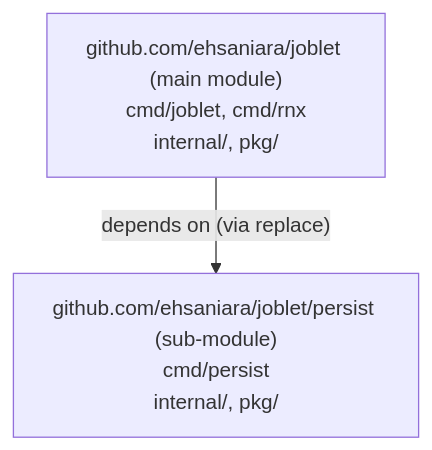
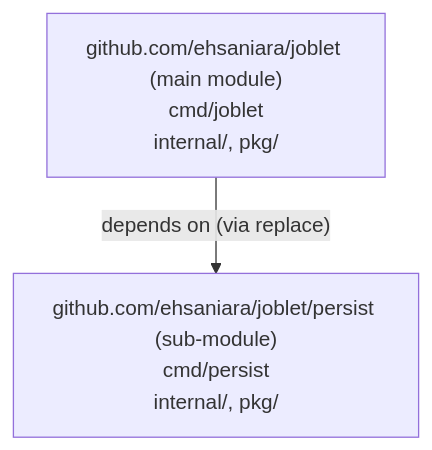
Before and after one commit to ehsaniara/joblet: the first of 2 diagrams in docs/DEVELOPER_GUIDE.md, drawn with Mermaid. The commit also changed other lines of this file and 69 other files, not shown here.

Commit message:
extract rnx cli to the joblet-rnx repository

````diff
--- a/docs/DEVELOPER_GUIDE.md
+++ b/docs/DEVELOPER_GUIDE.md
@@ -264,6 +255,6 @@
 ```mermaid
 flowchart TD
-    N1["github.com/ehsaniara/joblet (main module)<br/>cmd/joblet, cmd/rnx<br/>internal/, pkg/"]
+    N1["github.com/ehsaniara/joblet (main module)<br/>cmd/joblet<br/>internal/, pkg/"]
     N2["github.com/ehsaniara/joblet/persist (sub-module)<br/>cmd/persist<br/>internal/, pkg/"]
     N1 -->|"depends on (via replace)"| N2
 ```
````
